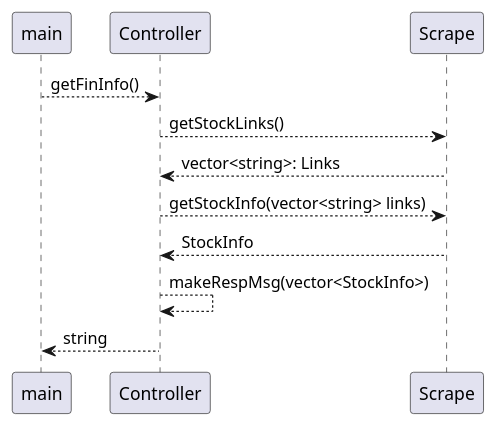
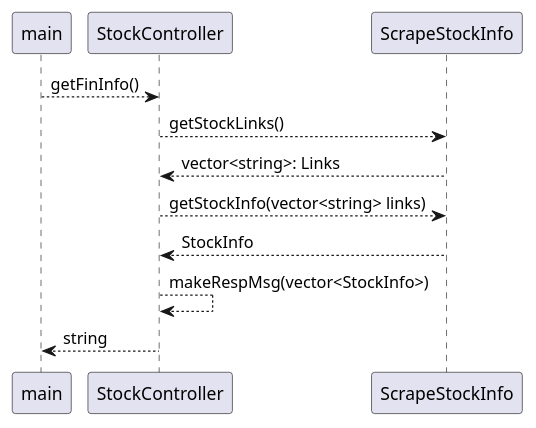
One commit to N2mR/getFinInfo changed the diagram in sequence.pu. Above: the diagram before and after it, drawn with PlantUML. The commit also changed 4 other files, not shown here.

```diff
--- a/sequence.pu
+++ b/sequence.pu
@@ -1,15 +1,11 @@
 @startuml
 
-main --> Controller: getFinInfo()
-    Controller --> Scrape: getStockLinks()
-    Scrape --> Controller: vector<string>: Links
-    Controller --> Scrape: getStockInfo(vector<string> links)
-    Scrape --> Controller: StockInfo
-    Controller --> Controller: makeRespMsg(vector<StockInfo>)
-Controller --> main: string
-
-
-
-
+main --> StockController: getFinInfo()
+    StockController --> ScrapeStockInfo: getStockLinks()
+    ScrapeStockInfo --> StockController: vector<string>: Links
+    StockController --> ScrapeStockInfo: getStockInfo(vector<string> links)
+    ScrapeStockInfo --> StockController: StockInfo
+    StockController --> StockController: makeRespMsg(vector<StockInfo>)
+StockController --> main: string
 
 @enduml
```
